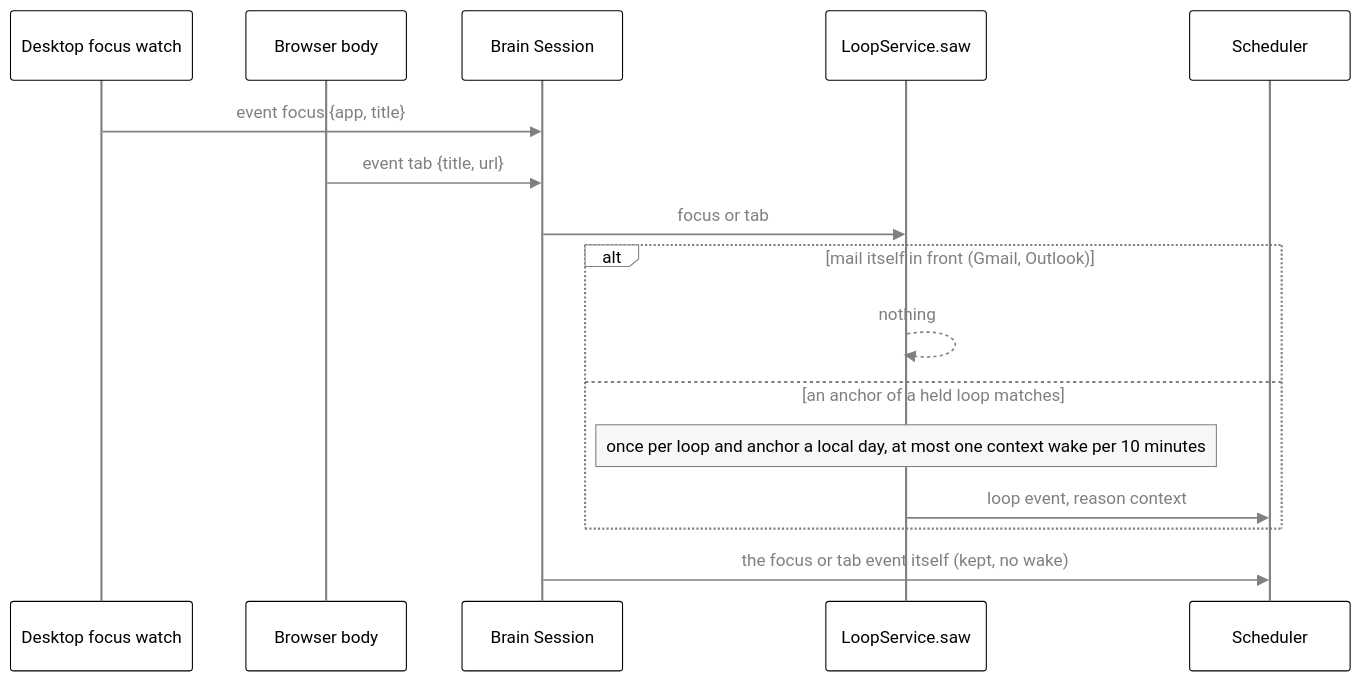
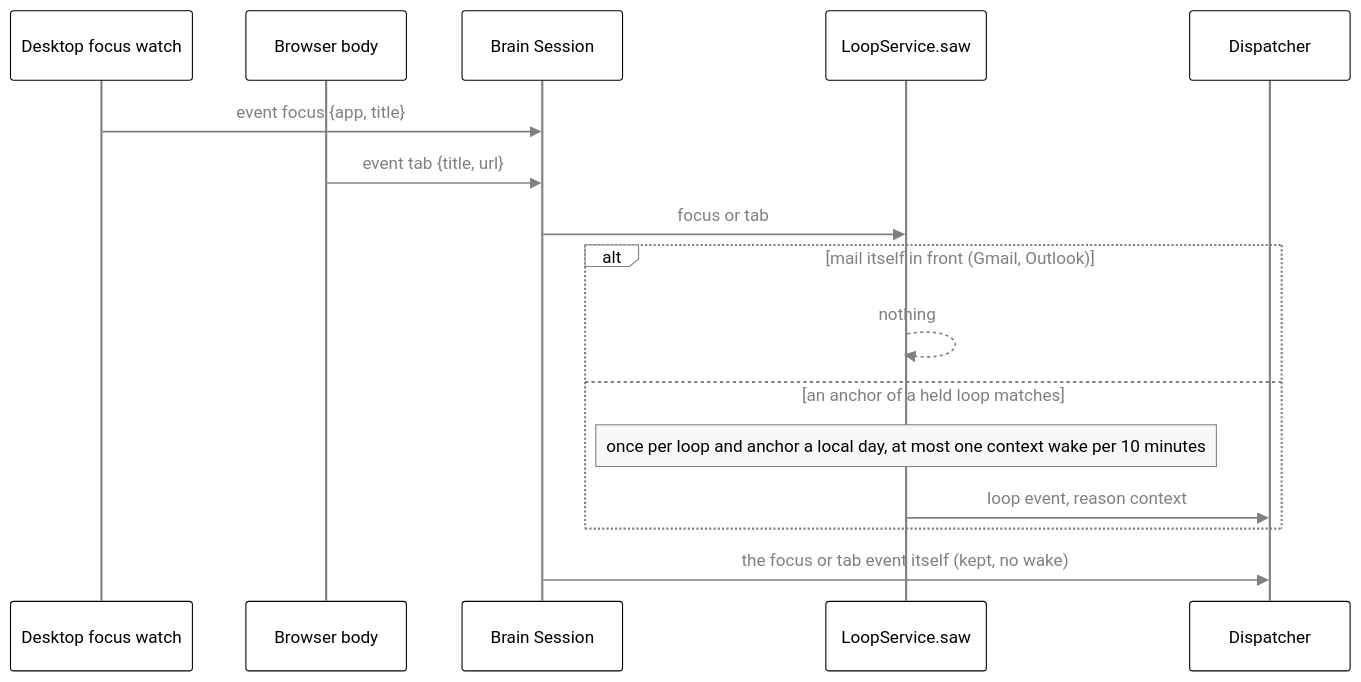
One commit to nadeem4/tagalong changed the sixth of 6 diagrams in docs/sight.md. Above: the diagram before and after it, drawn with Mermaid. The commit also changed 31 other files, not shown here.

First line of the commit message:
feat(brain): scheduler becomes the dispatcher with one set of rules (F12) (#368)

````diff
--- a/docs/sight.md
+++ b/docs/sight.md
@@ -437,19 +437,19 @@
 ```mermaid
 %%{init: {"theme": "base", "themeVariables": {"primaryColor": "#ffffff", "primaryTextColor": "#000000", "primaryBorderColor": "#000000", "lineColor": "#808080", "arrowheadColor": "#808080", "secondaryColor": "#f2f2f2", "tertiaryColor": "#ffffff", "clusterBkg": "#f7f7f7", "clusterBorder": "#808080", "edgeLabelBackground": "#ffffff", "titleColor": "#808080", "actorBkg": "#ffffff", "actorBorder": "#000000", "actorTextColor": "#000000", "actorLineColor": "#808080", "signalColor": "#808080", "signalTextColor": "#808080", "sequenceNumberColor": "#ffffff", "labelBoxBkgColor": "#ffffff", "labelBoxBorderColor": "#808080", "labelTextColor": "#000000", "loopTextColor": "#808080", "noteBkgColor": "#f7f7f7", "noteBorderColor": "#808080", "noteTextColor": "#000000", "activationBkgColor": "#f7f7f7", "activationBorderColor": "#808080", "fontFamily": "Segoe UI, Helvetica, Arial, sans-serif"}}}%%
 sequenceDiagram
   participant D as Desktop focus watch
   participant X as Browser body
   participant S as Brain Session
   participant L as LoopService.saw
-  participant Q as Scheduler
+  participant Q as Dispatcher
   D->>S: event focus {app, title}
   X->>S: event tab {title, url}
   S->>L: focus or tab
   alt mail itself in front (Gmail, Outlook)
     L-->>L: nothing
   else an anchor of a held loop matches
     Note over L: once per loop and anchor a local day, at most one context wake per 10 minutes
     L->>Q: loop event, reason context
   end
   S->>Q: the focus or tab event itself (kept, no wake)
 ```
````
